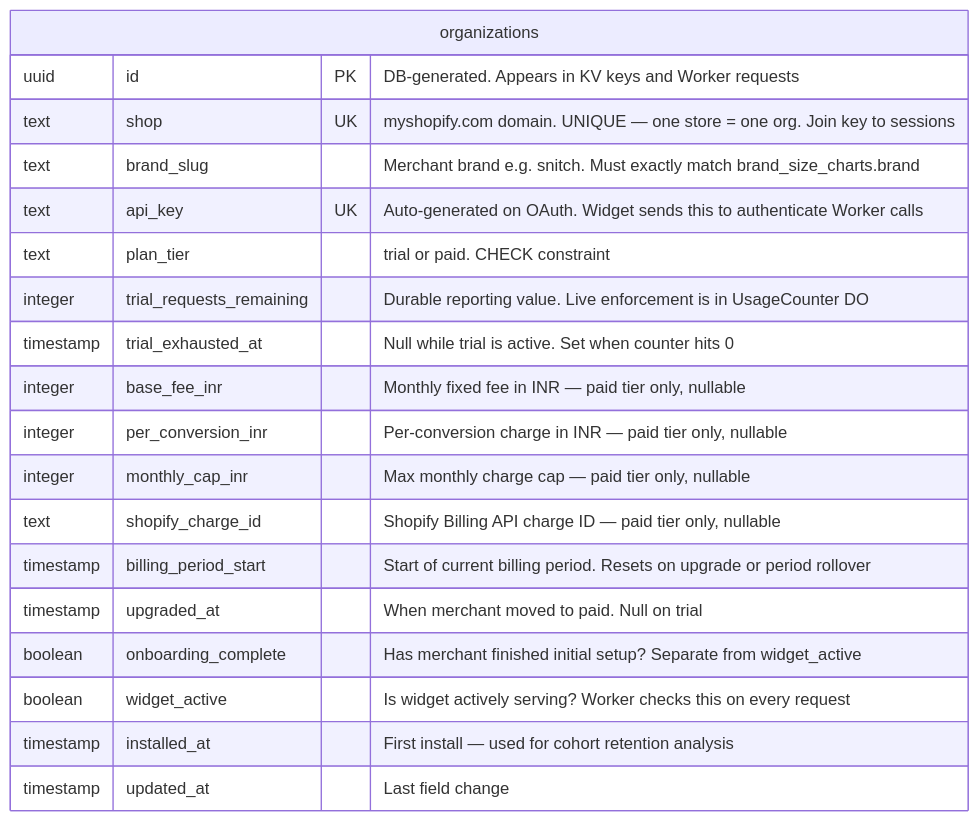
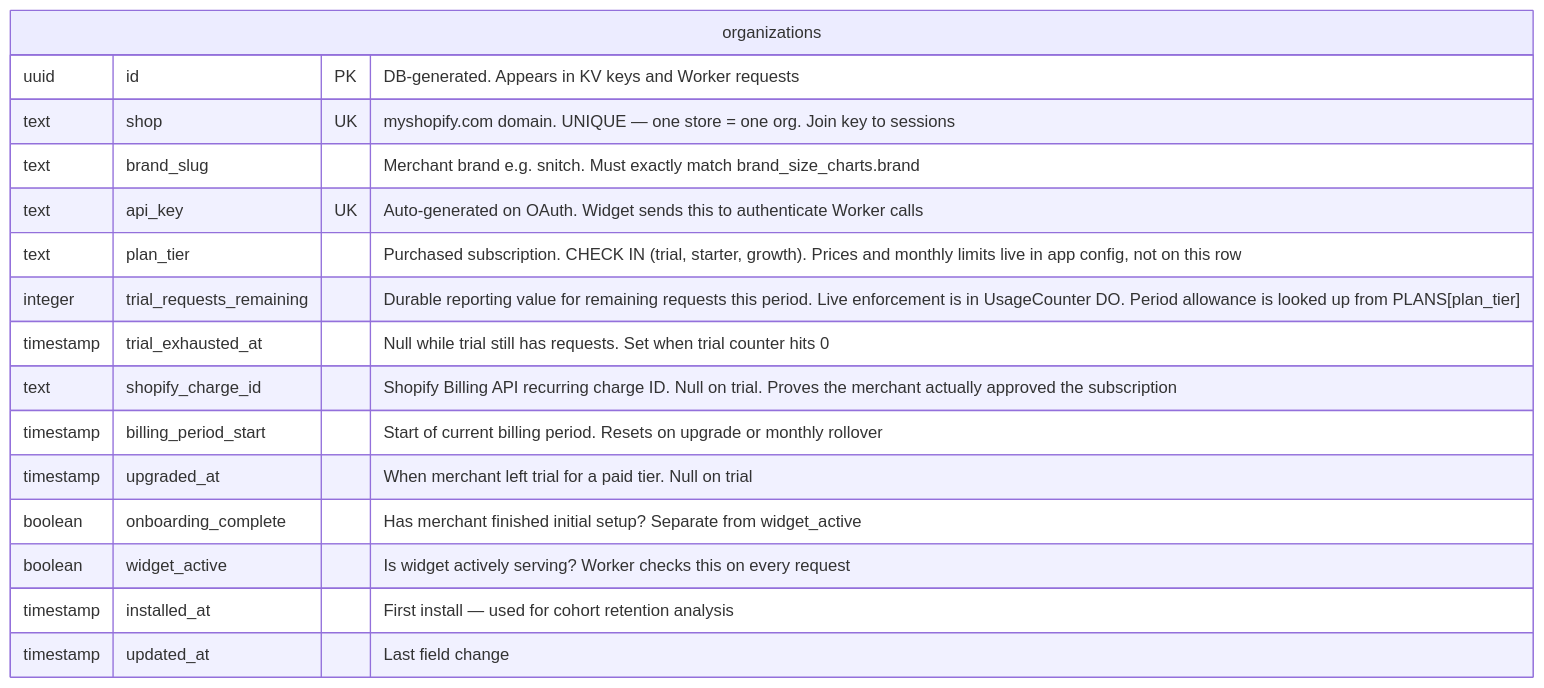
The third of 11 diagrams in docs/schema-uml.md (Planicle-labs/Snug), drawn with Mermaid before and after one commit. The commit also changed other lines of this file, not shown here.

Commit message:
docs: changed org schema

````diff
--- a/docs/schema-uml.md
+++ b/docs/schema-uml.md
@@ -219,22 +216,19 @@
 ```mermaid
 erDiagram
   organizations {
     uuid id PK "DB-generated. Appears in KV keys and Worker requests"
     text shop UK "myshopify.com domain. UNIQUE — one store = one org. Join key to sessions"
     text brand_slug "Merchant brand e.g. snitch. Must exactly match brand_size_charts.brand"
     text api_key UK "Auto-generated on OAuth. Widget sends this to authenticate Worker calls"
-    text plan_tier "trial or paid. CHECK constraint"
-    integer trial_requests_remaining "Durable reporting value. Live enforcement is in UsageCounter DO"
-    timestamp trial_exhausted_at "Null while trial is active. Set when counter hits 0"
-    integer base_fee_inr "Monthly fixed fee in INR — paid tier only, nullable"
-    integer per_conversion_inr "Per-conversion charge in INR — paid tier only, nullable"
-    integer monthly_cap_inr "Max monthly charge cap — paid tier only, nullable"
-    text shopify_charge_id "Shopify Billing API charge ID — paid tier only, nullable"
-    timestamp billing_period_start "Start of current billing period. Resets on upgrade or period rollover"
-    timestamp upgraded_at "When merchant moved to paid. Null on trial"
+    text plan_tier "Purchased subscription. CHECK IN (trial, starter, growth). Prices and monthly limits live in app config, not on this row"
+    integer trial_requests_remaining "Durable reporting value for remaining requests this period. Live enforcement is in UsageCounter DO. Period allowance is looked up from PLANS[plan_tier]"
+    timestamp trial_exhausted_at "Null while trial still has requests. Set when trial counter hits 0"
+    text shopify_charge_id "Shopify Billing API recurring charge ID. Null on trial. Proves the merchant actually approved the subscription"
+    timestamp billing_period_start "Start of current billing period. Resets on upgrade or monthly rollover"
+    timestamp upgraded_at "When merchant left trial for a paid tier. Null on trial"
     boolean onboarding_complete "Has merchant finished initial setup? Separate from widget_active"
     boolean widget_active "Is widget actively serving? Worker checks this on every request"
     timestamp installed_at "First install — used for cohort retention analysis"
     timestamp updated_at "Last field change"
   }
 ```
````
